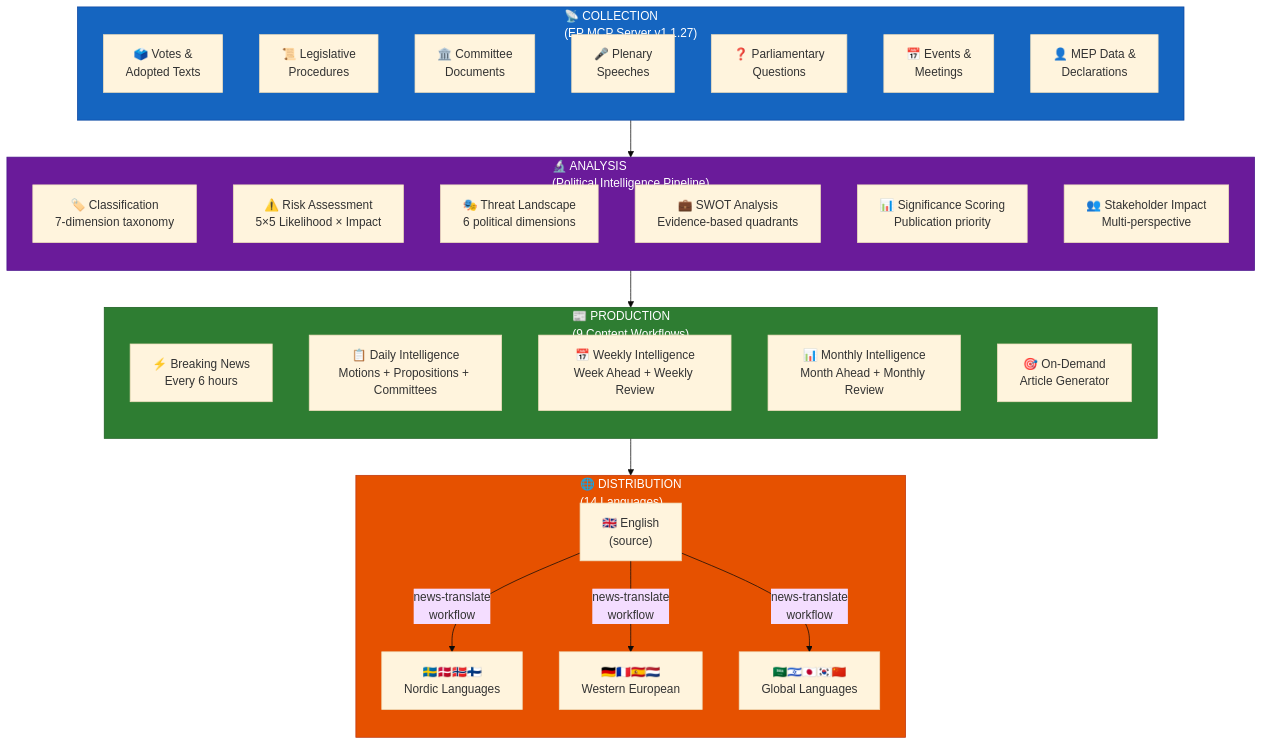
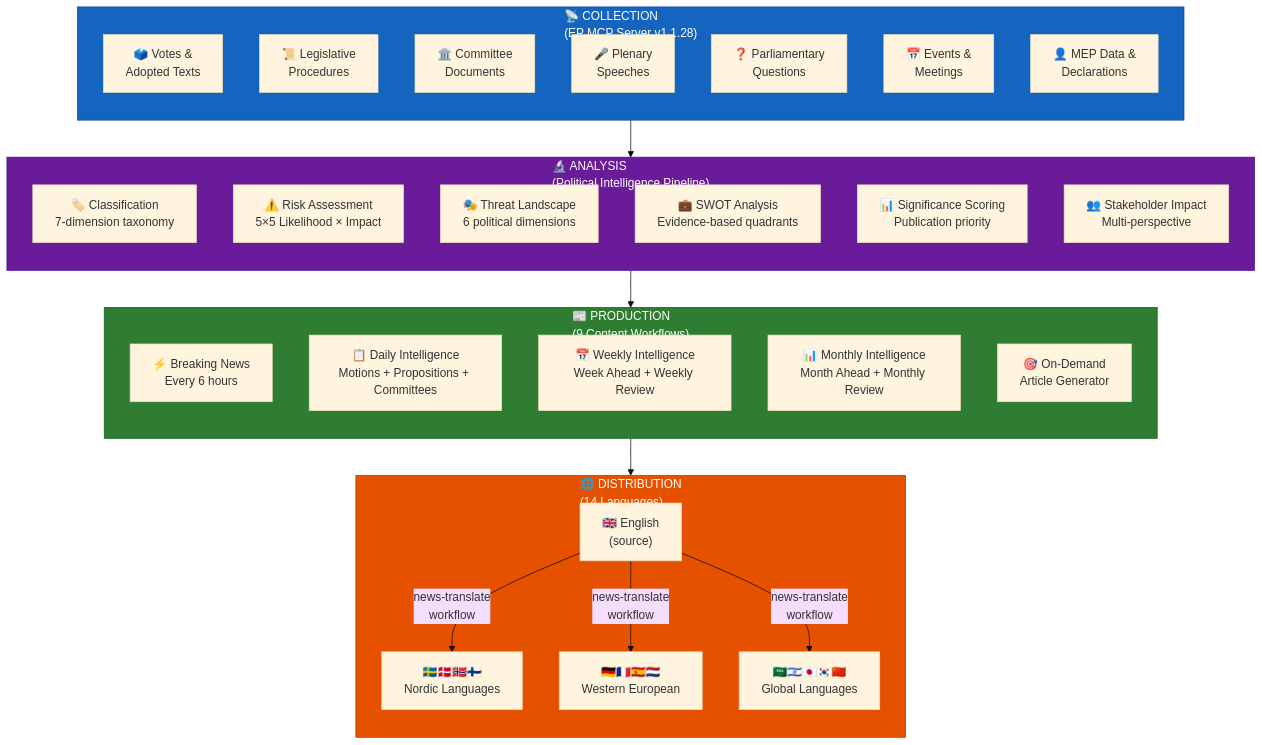
One commit to Hack23/euparliamentmonitor changed diagram 18 of 21 in WORKFLOWS.md. Above: the diagram before and after it, drawn with Mermaid (base theme). The commit also changed other lines of this file and 27 other files, not shown here.

First line of the commit message:
chore: bump european-parliament-mcp-server 1.1.27 → 1.1.28 in all config, workflows, and docs

````diff
--- a/WORKFLOWS.md
+++ b/WORKFLOWS.md
@@ -1625,48 +1625,48 @@
 ```mermaid
 flowchart TD
-    subgraph Collection["📡 COLLECTION<br/>(EP MCP Server v1.1.27)"]
+    subgraph Collection["📡 COLLECTION<br/>(EP MCP Server v1.1.28)"]
         direction TB
         C1["🗳️ Votes &<br/>Adopted Texts"]
         C2["📜 Legislative<br/>Procedures"]
         C3["🏛️ Committee<br/>Documents"]
         C4["🎤 Plenary<br/>Speeches"]
         C5["❓ Parliamentary<br/>Questions"]
         C6["📅 Events &<br/>Meetings"]
         C7["👤 MEP Data &<br/>Declarations"]
     end
 
     subgraph Analysis["🔬 ANALYSIS<br/>(Political Intelligence Pipeline)"]
         direction TB
         A1["🏷️ Classification<br/>7-dimension taxonomy"]
         A2["⚠️ Risk Assessment<br/>5×5 Likelihood × Impact"]
         A3["🎭 Threat Landscape<br/>6 political dimensions"]
         A4["💼 SWOT Analysis<br/>Evidence-based quadrants"]
         A5["📊 Significance Scoring<br/>Publication priority"]
         A6["👥 Stakeholder Impact<br/>Multi-perspective"]
     end
 
     subgraph Production["📰 PRODUCTION<br/>(9 Content Workflows)"]
         direction TB
         P1["⚡ Breaking News<br/>Every 6 hours"]
         P2["📋 Daily Intelligence<br/>Motions + Propositions + Committees"]
         P3["📅 Weekly Intelligence<br/>Week Ahead + Weekly Review"]
         P4["📊 Monthly Intelligence<br/>Month Ahead + Monthly Review"]
         P5["🎯 On-Demand<br/>Article Generator"]
     end
 
     subgraph Distribution["🌐 DISTRIBUTION<br/>(14 Languages)"]
         direction TB
         D1["🇬🇧 English<br/>(source)"]
         D2["🇸🇪🇩🇰🇳🇴🇫🇮<br/>Nordic Languages"]
         D3["🇩🇪🇫🇷🇪🇸🇳🇱<br/>Western European"]
         D4["🇸🇦🇮🇱🇯🇵🇰🇷🇨🇳<br/>Global Languages"]
     end
 
     Collection --> Analysis --> Production --> D1
     D1 --> |"news-translate<br/>workflow"| D2 & D3 & D4
 
     style Collection fill:#1565C0,stroke:#0D47A1,color:#FFFFFF
     style Analysis fill:#6A1B9A,stroke:#4A148C,color:#FFFFFF
     style Production fill:#2E7D32,stroke:#1B5E20,color:#FFFFFF
     style Distribution fill:#E65100,stroke:#BF360C,color:#FFFFFF
 ```
````
